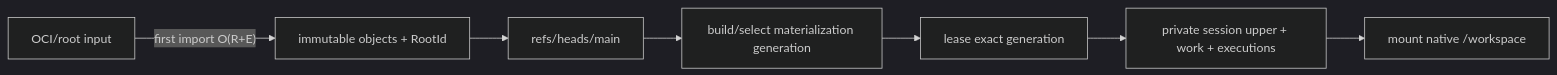
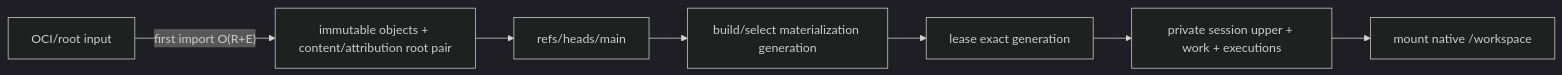
One commit to Ephemeral-AI-Lab/ephemeral-sandbox-docs changed the first of 7 diagrams in implementation-plan/2.0 migration/phase 1/implementation/layerstack_storage_contract.md. Above: the diagram before and after it, drawn with Mermaid (dark theme). The commit also changed other lines of this file and 17 other files, not shown here.

````diff
--- a/implementation-plan/2.0 migration/phase 1/implementation/layerstack_storage_contract.md
+++ b/implementation-plan/2.0 migration/phase 1/implementation/layerstack_storage_contract.md
@@ -443,9 +463,9 @@
 ```mermaid
 flowchart LR
-    I["OCI/root input"] -->|"first import O(R+E)"| O["immutable objects + RootId"]
+    I["OCI/root input"] -->|"first import O(R+E)"| O["immutable objects + content/attribution root pair"]
     O --> H["refs/heads/main"]
     H --> M["build/select materialization generation"]
     M --> L["lease exact generation"]
     L --> S["private session upper + work + executions"]
     S --> W["mount native /workspace"]
 ```
````
